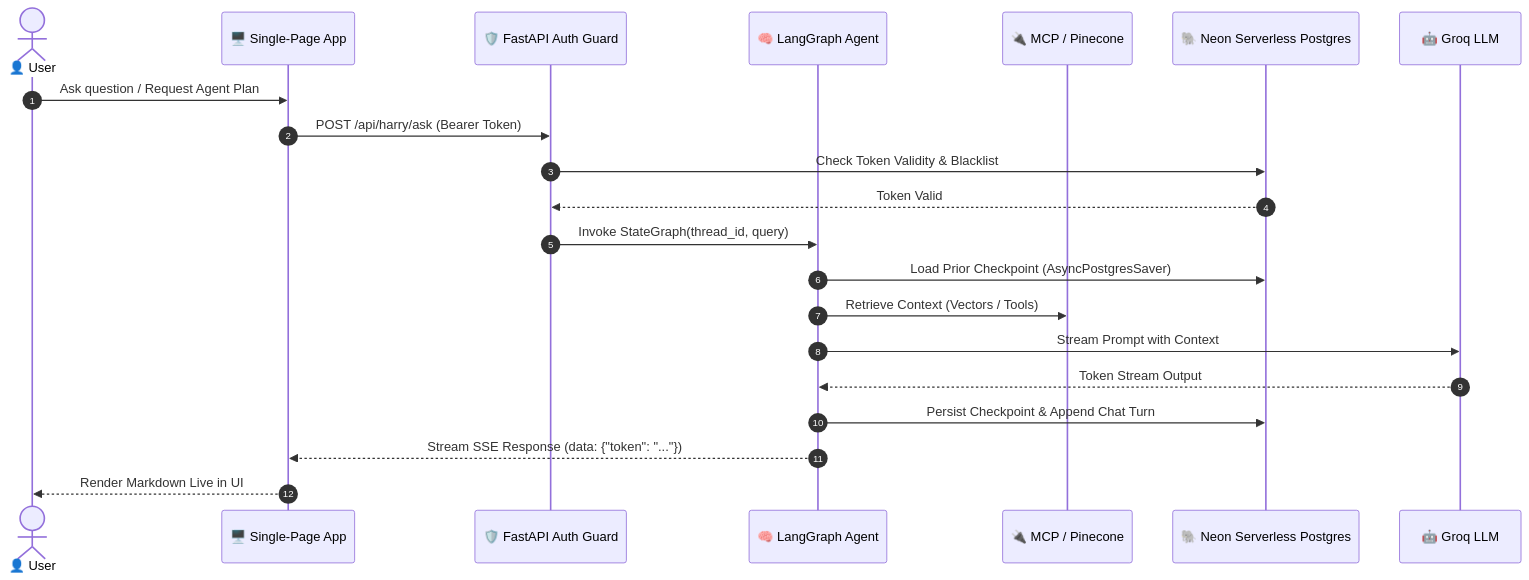
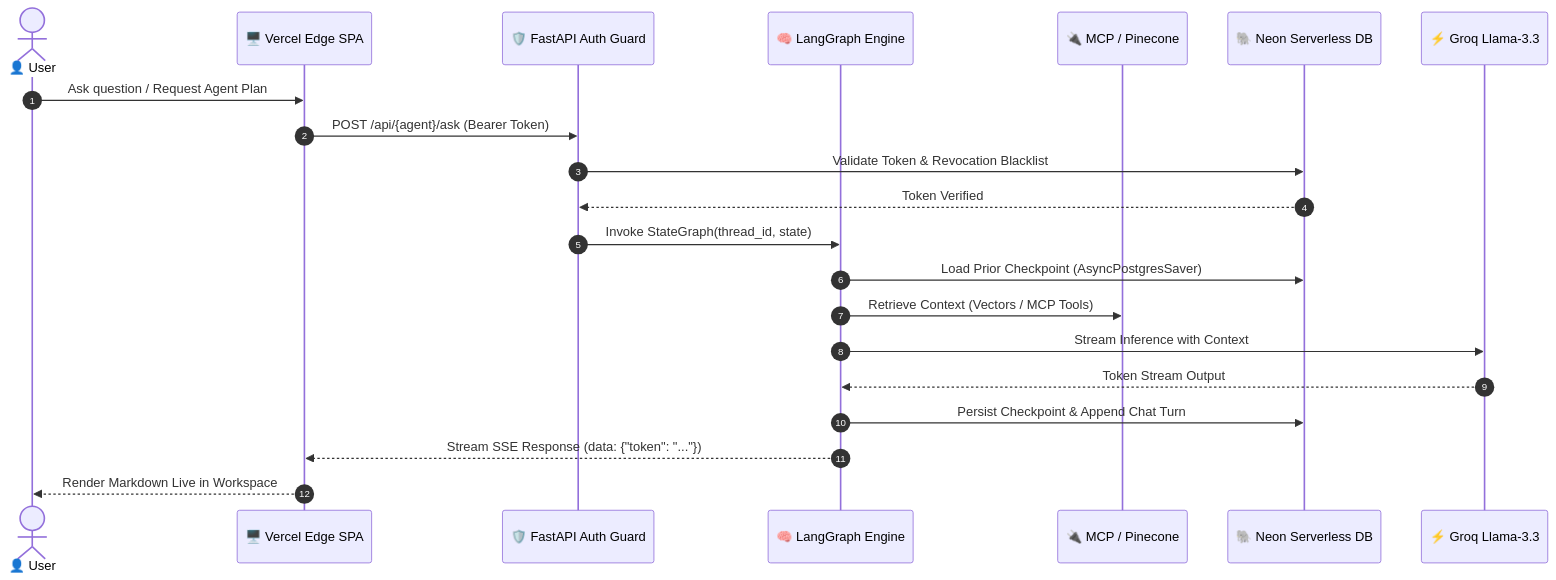
The second of 2 diagrams in README.md (ambideXtrous9/portfolio-agent), drawn with Mermaid before and after one commit. The commit also changed other lines of this file and 1 other file, not shown here.

Commit message:
docs(hero,arch): update hero screenshot, compact system architecture with Vercel and GitHub Actions CI/CD

````diff
--- a/README.md
+++ b/README.md
@@ -149,24 +153,24 @@
 ```mermaid
 sequenceDiagram
     autonumber
     actor User as 👤 User
-    participant FE as 🖥️ Single-Page App
+    participant FE as 🖥️ Vercel Edge SPA
     participant Auth as 🛡️ FastAPI Auth Guard
-    participant Agent as 🧠 LangGraph Agent
+    participant Agent as 🧠 LangGraph Engine
     participant MCP as 🔌 MCP / Pinecone
-    participant DB as 🐘 Neon Serverless Postgres
-    participant LLM as 🤖 Groq LLM
+    participant DB as 🐘 Neon Serverless DB
+    participant LLM as ⚡ Groq Llama-3.3
 
     User->>FE: Ask question / Request Agent Plan
-    FE->>Auth: POST /api/harry/ask (Bearer Token)
-    Auth->>DB: Check Token Validity & Blacklist
-    DB-->>Auth: Token Valid
-    Auth->>Agent: Invoke StateGraph(thread_id, query)
+    FE->>Auth: POST /api/{agent}/ask (Bearer Token)
+    Auth->>DB: Validate Token & Revocation Blacklist
+    DB-->>Auth: Token Verified
+    Auth->>Agent: Invoke StateGraph(thread_id, state)
     Agent->>DB: Load Prior Checkpoint (AsyncPostgresSaver)
-    Agent->>MCP: Retrieve Context (Vectors / Tools)
-    Agent->>LLM: Stream Prompt with Context
+    Agent->>MCP: Retrieve Context (Vectors / MCP Tools)
+    Agent->>LLM: Stream Inference with Context
     LLM-->>Agent: Token Stream Output
     Agent->>DB: Persist Checkpoint & Append Chat Turn
     Agent-->>FE: Stream SSE Response (data: {"token": "..."})
-    FE-->>User: Render Markdown Live in UI
+    FE-->>User: Render Markdown Live in Workspace
 ```
````
